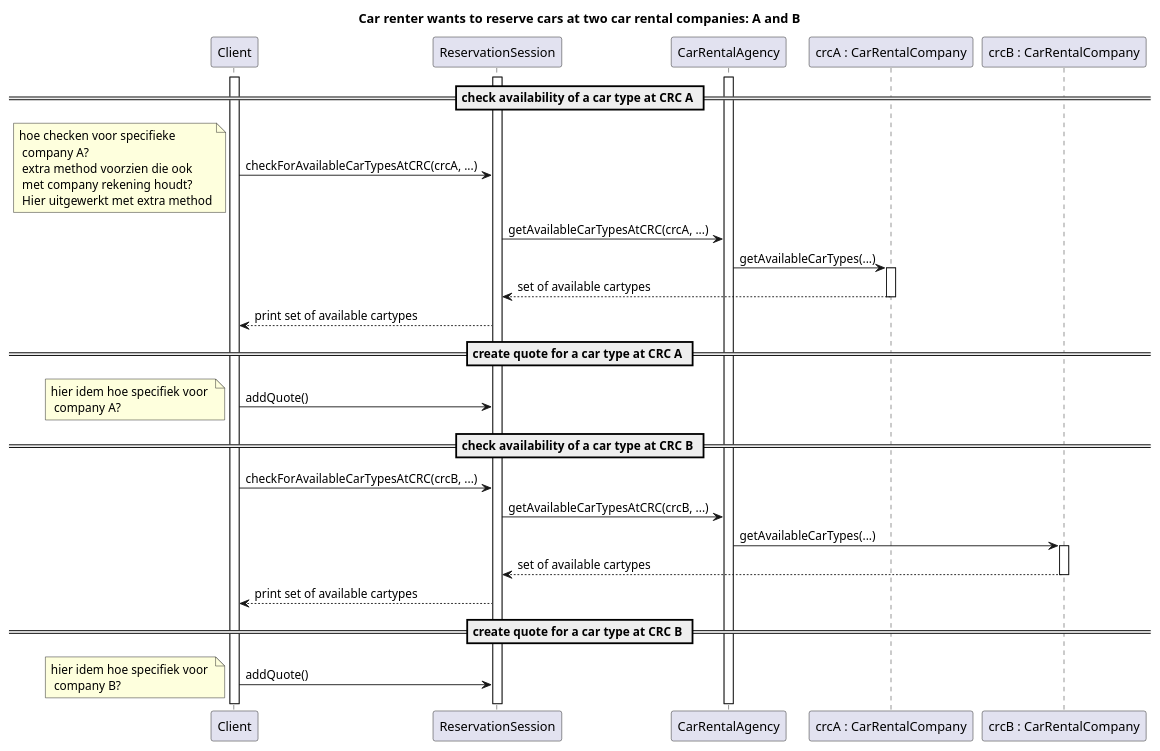
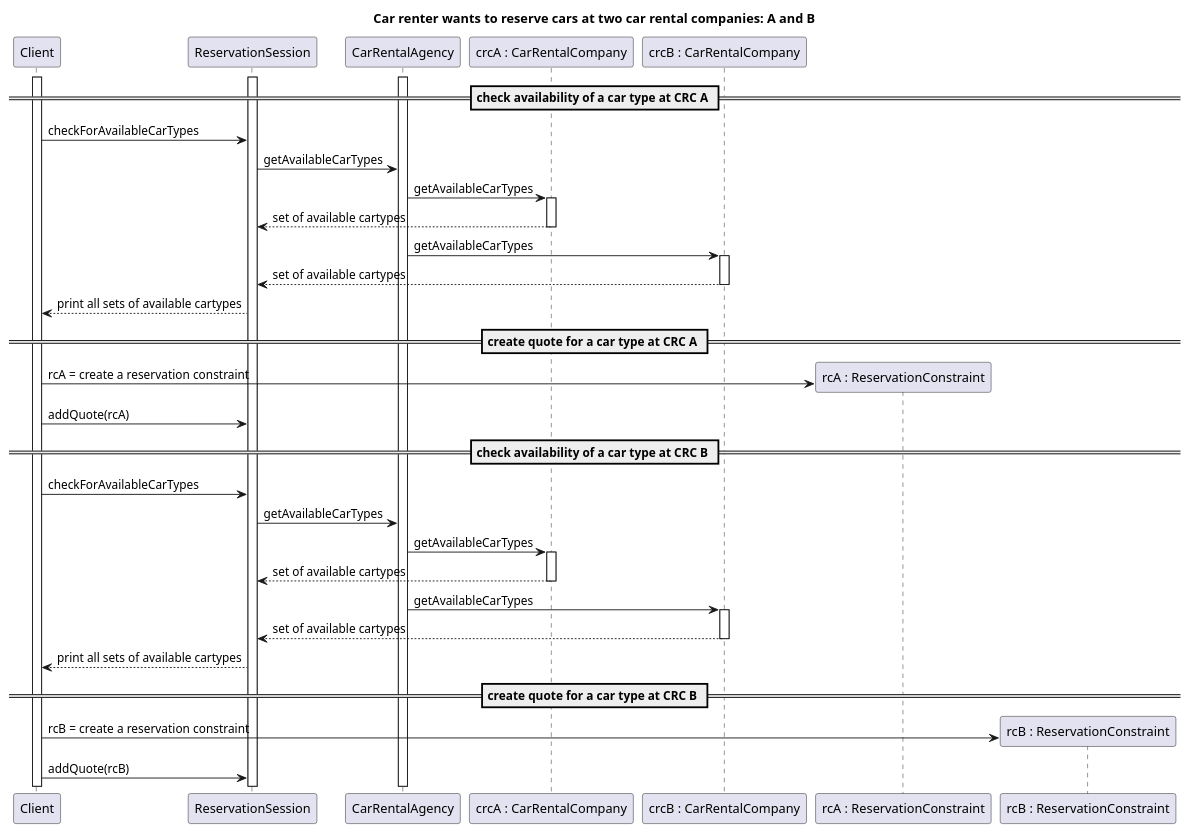
One commit to Bhamoss/java_rmi_ds_project changed the diagram in diagrams/sequenceDiagrams/reserveCars.puml. Above: the diagram before and after it, drawn with PlantUML. The commit also changed 3 other files, not shown here.

Commit message:
sequence diagram af denk ik

```diff
--- a/diagrams/sequenceDiagrams/reserveCars.puml
+++ b/diagrams/sequenceDiagrams/reserveCars.puml
@@ -1,48 +1,57 @@
 @startuml
 title Car renter wants to reserve cars at two car rental companies: A and B
 
 participant Client
 participant ReservationSession
 participant CarRentalAgency
 participant "crcA : CarRentalCompany" as CarRentalCompanyA
 participant "crcB : CarRentalCompany" as CarRentalCompanyB
+participant "rcA : ReservationConstraint" as RCA
+participant "rcB : ReservationConstraint" as RCB
 
 activate Client
 activate ReservationSession
 activate CarRentalAgency
 
 == check availability of a car type at CRC A ==
 ' cartype at company A
-Client->ReservationSession: checkForAvailableCarTypesAtCRC(crcA, ...)
-    note left : hoe checken voor specifieke \n company A? \n extra method voorzien die ook \n met company rekening houdt? \n Hier uitgewerkt met extra method
-ReservationSession->CarRentalAgency : getAvailableCarTypesAtCRC(crcA, ...) 
+Client->ReservationSession: checkForAvailableCarTypes
+ReservationSession->CarRentalAgency : getAvailableCarTypes
 
-CarRentalAgency->CarRentalCompanyA : getAvailableCarTypes(...)
+CarRentalAgency->CarRentalCompanyA : getAvailableCarTypes
 activate CarRentalCompanyA
 CarRentalCompanyA-->ReservationSession : set of available cartypes
 deactivate CarRentalCompanyA
-ReservationSession-->Client : print set of available cartypes
+CarRentalAgency->CarRentalCompanyB : getAvailableCarTypes
+activate CarRentalCompanyB
+CarRentalCompanyB-->ReservationSession : set of available cartypes
+deactivate CarRentalCompanyB
+ReservationSession-->Client : print all sets of available cartypes
 
 == create quote for a car type at CRC A ==
-Client->ReservationSession: addQuote() 
-note left  : hier idem hoe specifiek voor \n company A?
+' TODO eerst ReservationConstraint aanmaken
+Client->RCA **: rcA = create a reservation constraint
+Client->ReservationSession: addQuote(rcA) 
 
 == check availability of a car type at CRC B ==
 ' cartype at company B
-Client->ReservationSession: checkForAvailableCarTypesAtCRC(crcB, ...)
+Client->ReservationSession: checkForAvailableCarTypes
 
-ReservationSession->CarRentalAgency : getAvailableCarTypesAtCRC(crcB, ...) 
+ReservationSession->CarRentalAgency : getAvailableCarTypes 
 
-CarRentalAgency->CarRentalCompanyB : getAvailableCarTypes(...)
+CarRentalAgency->CarRentalCompanyA : getAvailableCarTypes
+activate CarRentalCompanyA
+CarRentalCompanyA-->ReservationSession : set of available cartypes
+deactivate CarRentalCompanyA
+CarRentalAgency->CarRentalCompanyB : getAvailableCarTypes
 activate CarRentalCompanyB
 CarRentalCompanyB-->ReservationSession : set of available cartypes
 deactivate CarRentalCompanyB
-ReservationSession-->Client : print set of available cartypes
+ReservationSession-->Client : print all sets of available cartypes
 
 == create quote for a car type at CRC B ==
-Client->ReservationSession: addQuote()
-note left  : hier idem hoe specifiek voor \n company B?
-
+Client->RCB **: rcB = create a reservation constraint
+Client->ReservationSession: addQuote(rcB) 
 
 
 @enduml
```
